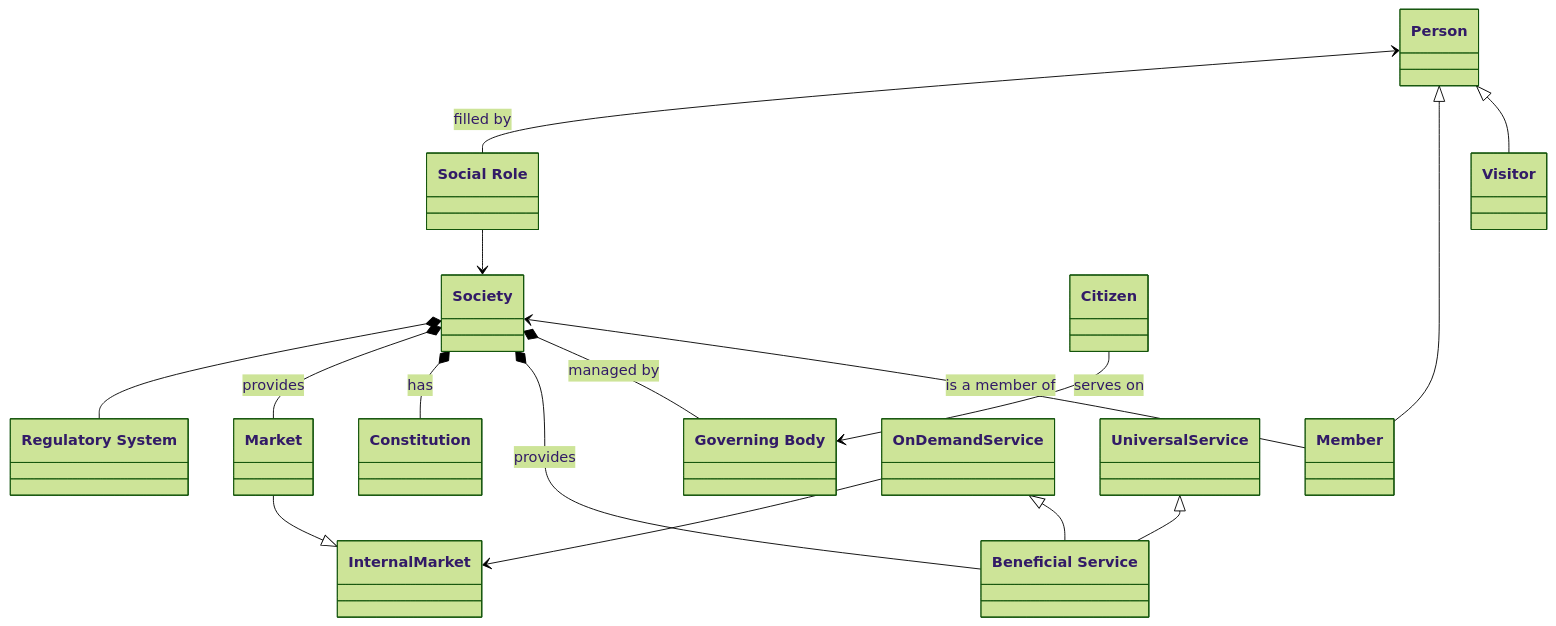
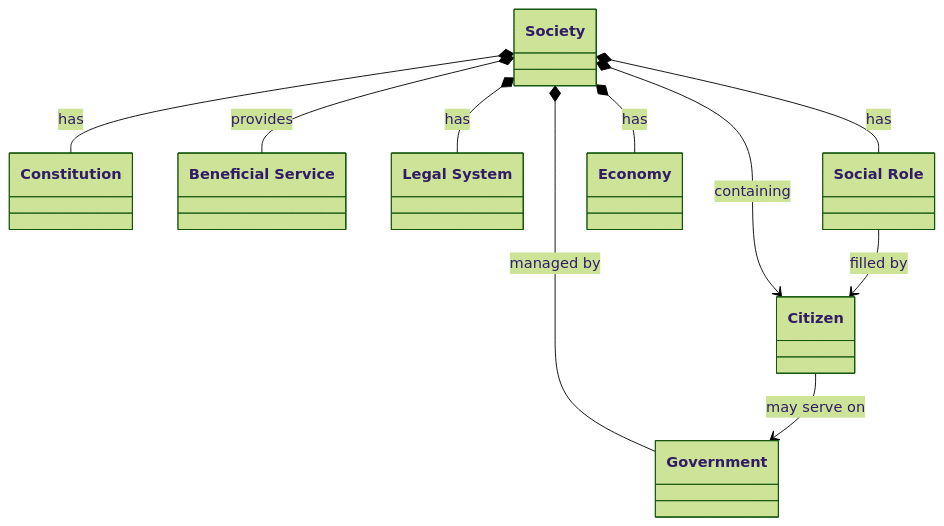
Before and after one commit to AgeTheGod/Post-Work-Society: the diagram in DefinitionOfTerms/WhatISSociety.md, drawn with Mermaid (forest theme). The commit also changed other lines of this file and 3 other files, not shown here.

````diff
--- a/DefinitionOfTerms/WhatISSociety.md
+++ b/DefinitionOfTerms/WhatISSociety.md
@@ -11,31 +16,23 @@
 ```mermaid
 classDiagram
     class Society
-    class Person
+%%    class Person
+
+    class Government
+    class Constitution
     class BeneficialService["Beneficial Service"]
-    class GoverningBody["Governing Body"]
-    class Constitution
-    class RegulatorySystem["Regulatory System"]
+    class LegalSystem["Legal System"]
     class SocialRole["Social Role"]
-    class Market
+    class Economy
 
-    Person <|-- Visitor
-    Person <|-- Member
-
-    Society <-- Member : is a member of
-    Society *-- GoverningBody : managed by
+    Society *--> Citizen : containing
+    Society *-- Government : managed by
     Society *-- BeneficialService : provides
     Society *-- Constitution : has
-    Society *-- Market : provides
-    Society *-- RegulatorySystem
-
-    Person <-- SocialRole : filled by
-    SocialRole --> Society
-    Citizen --> GoverningBody : serves on
-
-    OnDemandService <|-- BeneficialService
-    UniversalService <|-- BeneficialService
-    
-    Market --|> InternalMarket
-    OnDemandService --> InternalMarket
+    Society *-- LegalSystem : has
+    Society *-- Economy : has
+    Society *-- SocialRole : has
+%%    Society <.. Society : associated with
+    Citizen --> Government : may serve on
+    SocialRole -->Citizen : filled by
 ```
````
